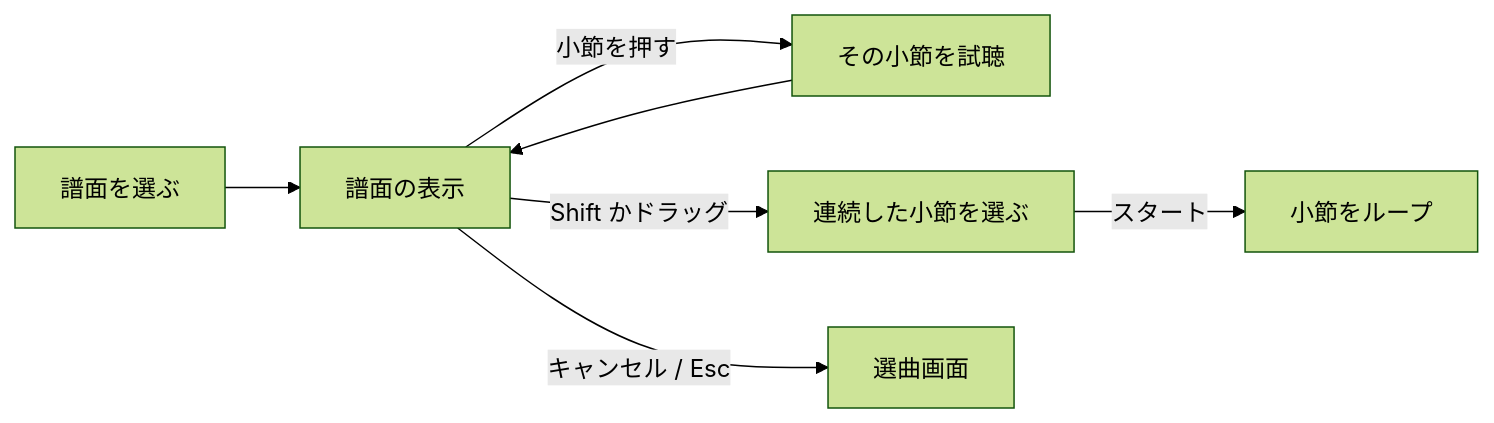
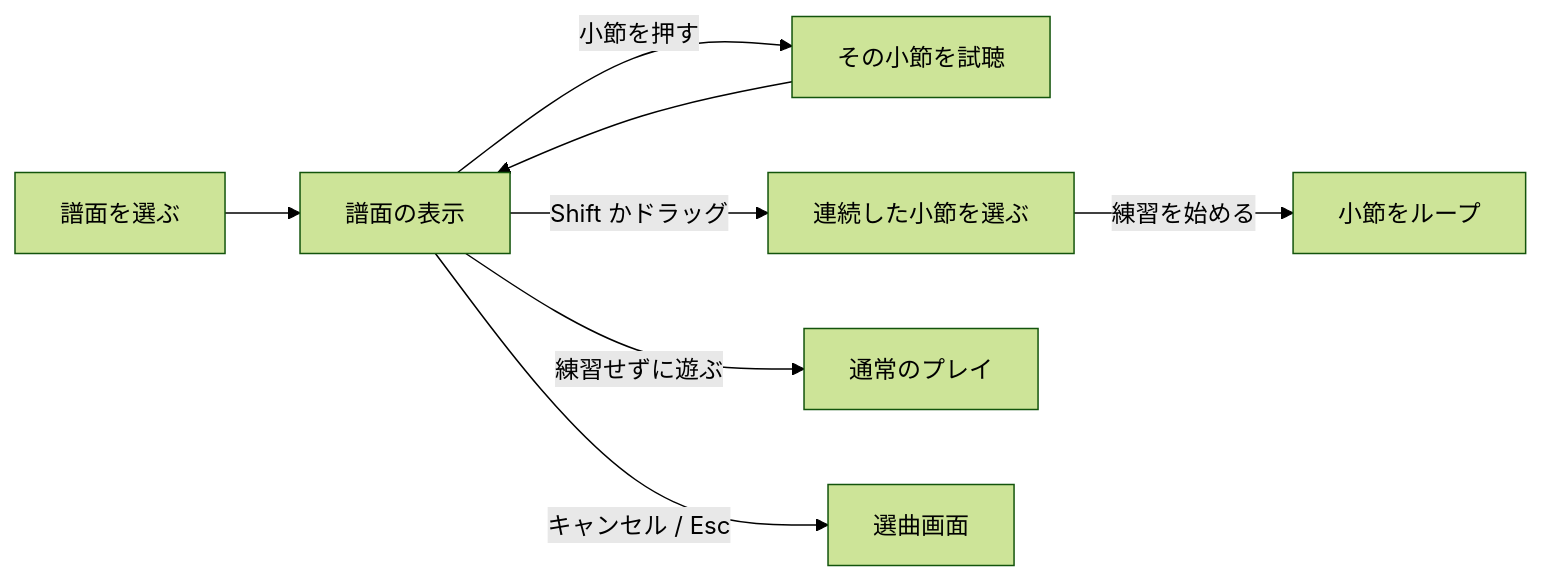
The fifth of 6 diagrams in docs/play-options.ja.md (nulltask/be-music), drawn with Mermaid (forest theme) before and after one commit. The commit also changed other lines of this file and 10 other files, not shown here.

````diff
--- a/docs/play-options.ja.md
+++ b/docs/play-options.ja.md
@@ -251,9 +251,10 @@
 ```mermaid
 flowchart LR
   start[譜面を選ぶ] --> score[譜面の表示]
   score -->|小節を押す| audition[その小節を試聴]
   audition --> score
   score -->|Shift かドラッグ| bars[連続した小節を選ぶ]
-  bars -->|スタート| loop[小節をループ]
+  bars -->|練習を始める| loop[小節をループ]
+  score -->|練習せずに遊ぶ| play[通常のプレイ]
   score -->|キャンセル / Esc| select[選曲画面]
 ```
````
